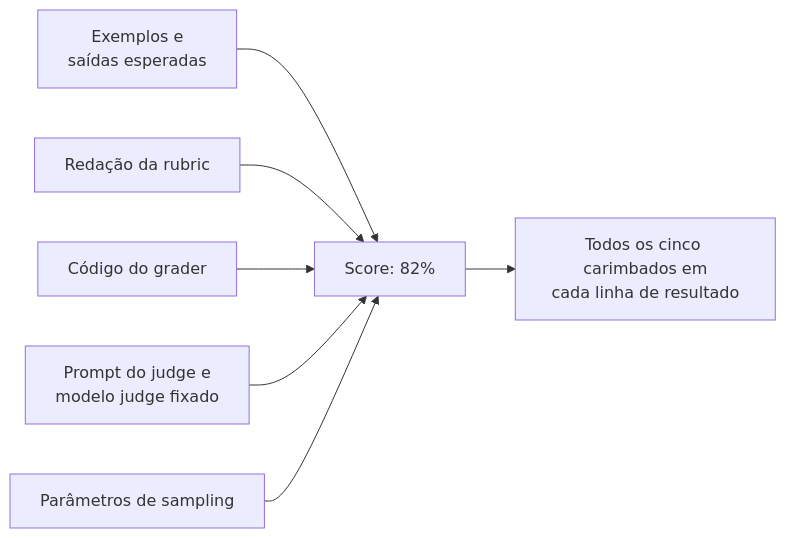
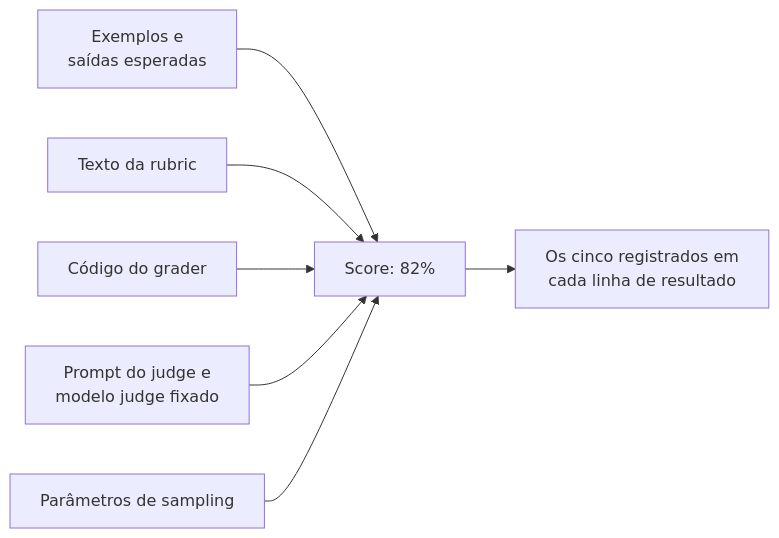
Before and after one commit to andrevberaldo/AI-Engineer-Interview-Questions: the fifth of 28 diagrams in 07-evaluation-and-observability/questions.pt-BR.md, drawn with Mermaid. The commit also changed other lines of this file and 1 other file, not shown here.

````diff
--- a/07-evaluation-and-observability/questions.pt-BR.md
+++ b/07-evaluation-and-observability/questions.pt-BR.md
@@ -316,9 +316,9 @@
 ```mermaid
 flowchart LR
     E["Exemplos e<br/>saídas esperadas"] --> S["Score: 82%"]
-    R["Redação da rubric"] --> S
+    R["Texto da rubric"] --> S
     G["Código do grader"] --> S
     J["Prompt do judge e<br/>modelo judge fixado"] --> S
     P["Parâmetros de sampling"] --> S
-    S --> V["Todos os cinco carimbados em<br/>cada linha de resultado"]
+    S --> V["Os cinco registrados em<br/>cada linha de resultado"]
 ```
````
